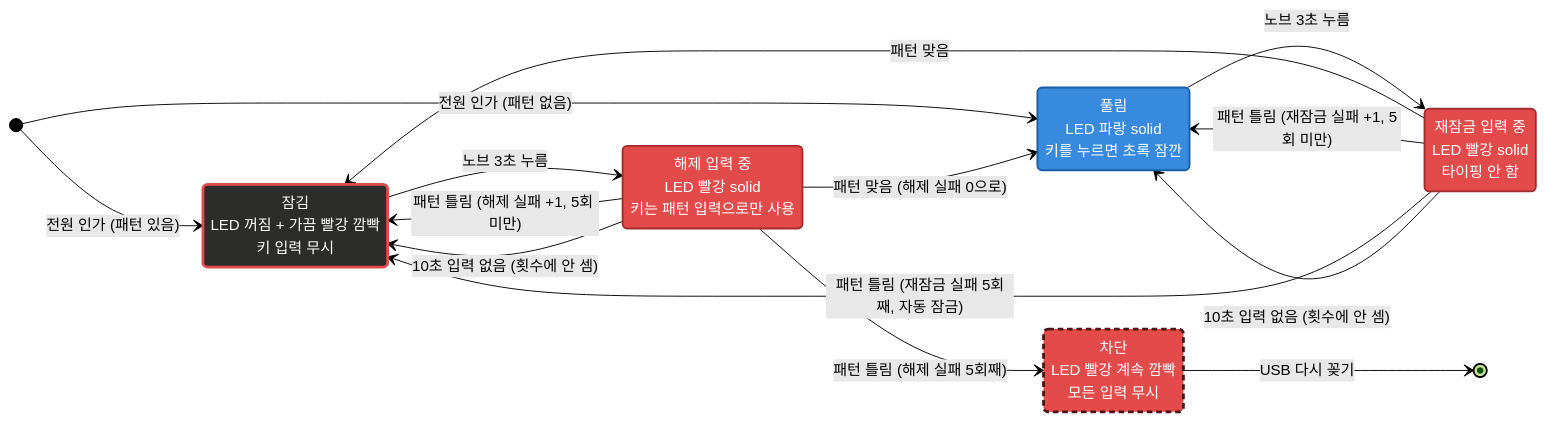
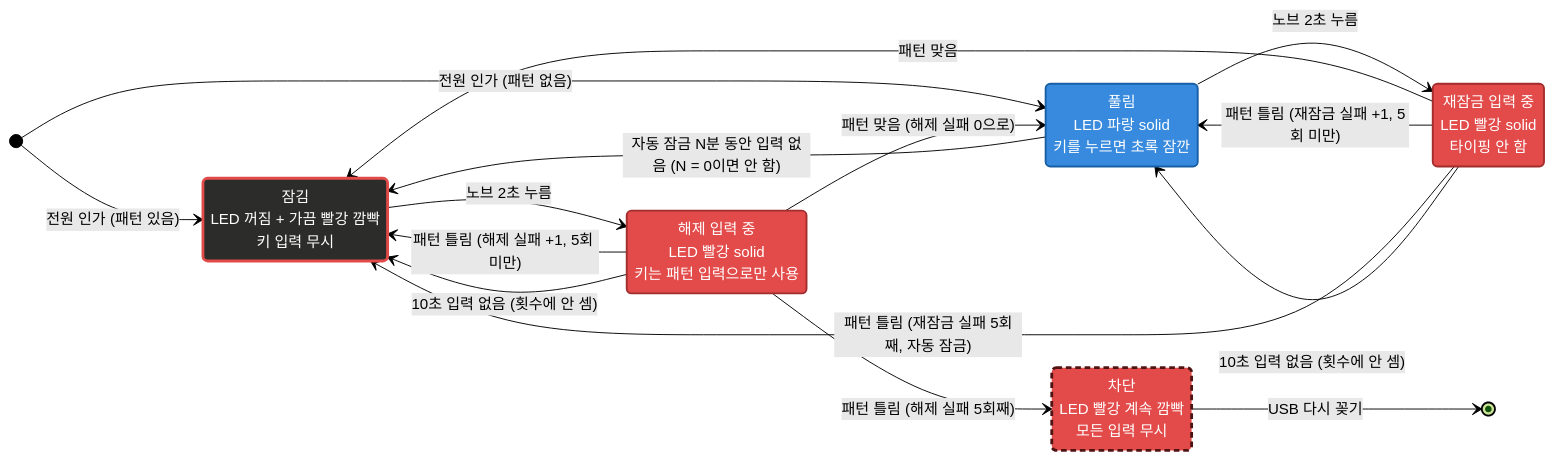
The diagram in README.md (Kimbyung-wook/USB-mini-keyboard-6k1n), drawn with Mermaid (forest theme) before and after one commit. The commit also changed other lines of this file and 21 other files, not shown here.

````diff
--- a/README.md
+++ b/README.md
@@ -30,36 +30,37 @@
 ```mermaid
 stateDiagram-v2
     direction LR
 
     state "잠김<br/>LED 꺼짐 + 가끔 빨강 깜빡<br/>키 입력 무시" as Locked
     state "해제 입력 중<br/>LED 빨강 solid<br/>키는 패턴 입력으로만 사용" as Unlocking
     state "차단<br/>LED 빨강 계속 깜빡<br/>모든 입력 무시" as Blocked
     state "풀림<br/>LED 파랑 solid<br/>키를 누르면 초록 잠깐" as Open
     state "재잠금 입력 중<br/>LED 빨강 solid<br/>타이핑 안 함" as Relock
 
     [*] --> Locked : 전원 인가 (패턴 있음)
     [*] --> Open : 전원 인가 (패턴 없음)
 
-    Locked --> Unlocking : 노브 3초 누름
+    Locked --> Unlocking : 노브 2초 누름
     Unlocking --> Open : 패턴 맞음 (해제 실패 0으로)
     Unlocking --> Locked : 패턴 틀림 (해제 실패 +1, 5회 미만)
     Unlocking --> Blocked : 패턴 틀림 (해제 실패 5회째)
     Unlocking --> Locked : 10초 입력 없음 (횟수에 안 셈)
     Blocked --> [*] : USB 다시 꽂기
 
-    Open --> Relock : 노브 3초 누름
+    Open --> Relock : 노브 2초 누름
     Relock --> Locked : 패턴 맞음
     Relock --> Open : 패턴 틀림 (재잠금 실패 +1, 5회 미만)
     Relock --> Locked : 패턴 틀림 (재잠금 실패 5회째, 자동 잠금)
     Relock --> Open : 10초 입력 없음 (횟수에 안 셈)
+    Open --> Locked : 자동 잠금 N분 동안 입력 없음 (N = 0이면 안 함)
 
     %% 박스 색 = LED 색 (검정 바탕 + 빨간 테두리 = 꺼짐에 가끔 빨강, 점선 테두리 = 계속 깜빡임)
     classDef ledOffBlink fill:#2C2C2A,stroke:#E24B4A,stroke-width:3px,color:#FFFFFF
     classDef ledRed fill:#E24B4A,stroke:#A32D2D,stroke-width:2px,color:#FFFFFF
     classDef ledRedBlink fill:#E24B4A,stroke:#501313,stroke-width:3px,stroke-dasharray:6 4,color:#FFFFFF
     classDef ledBlue fill:#378ADD,stroke:#185FA5,stroke-width:2px,color:#FFFFFF
     class Locked ledOffBlink
     class Unlocking, Relock ledRed
     class Blocked ledRedBlink
     class Open ledBlue
 ```
````
